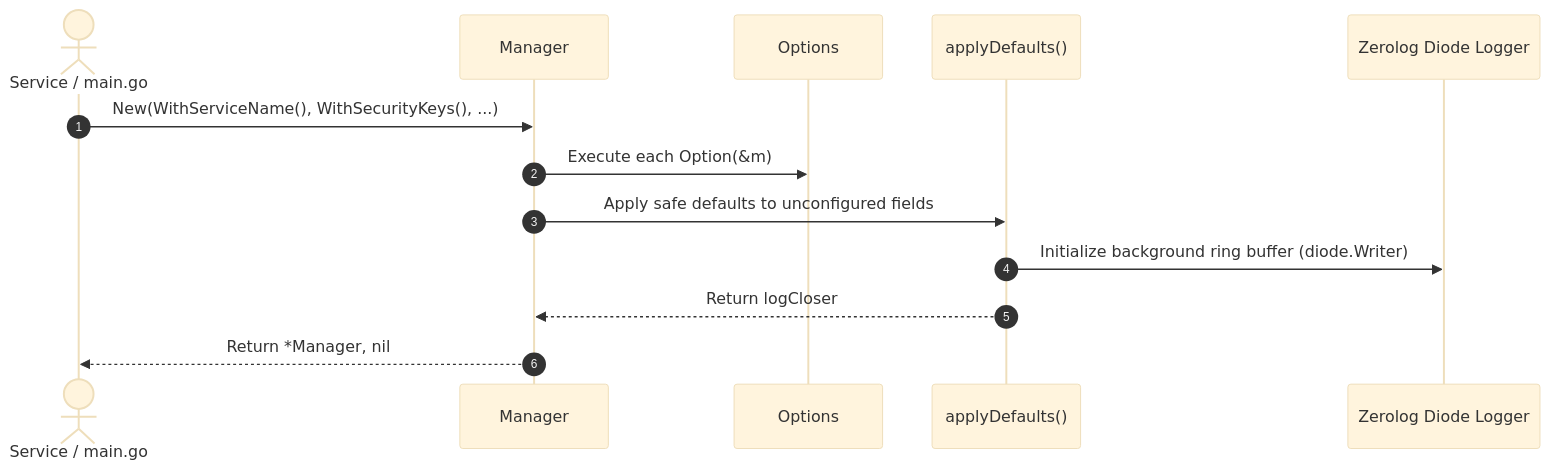
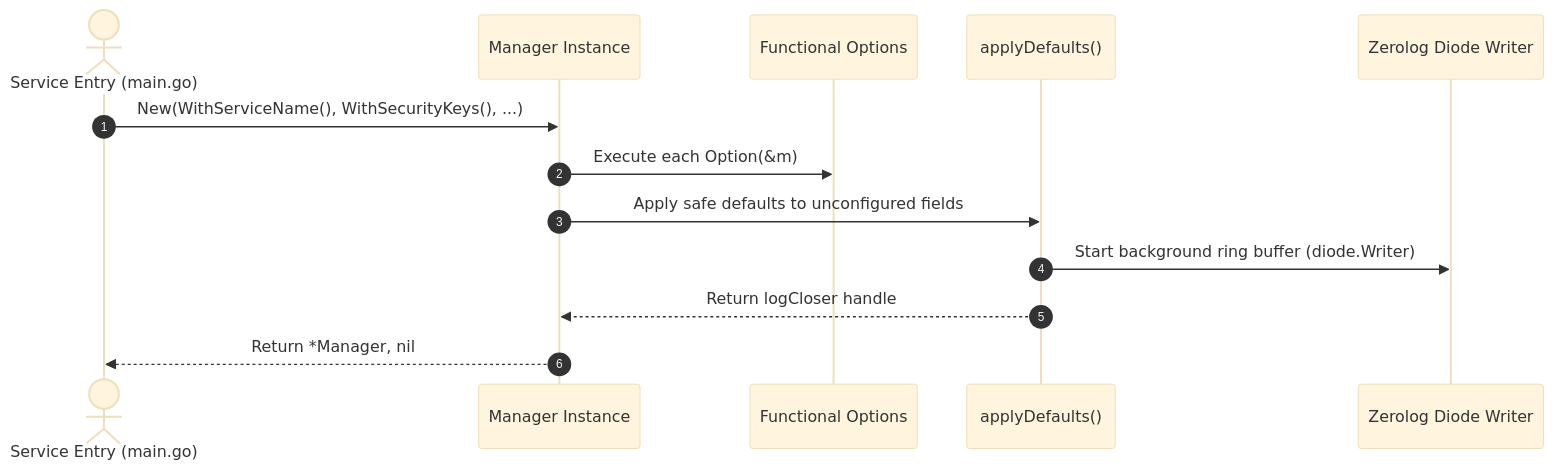
The second of 5 diagrams in docs/ARCHITECTURE.md (Jkenyut/nvx-go-middleware), drawn with Mermaid (base theme) before and after one commit. The commit also changed other lines of this file and 12 other files, not shown here.

````diff
--- a/docs/ARCHITECTURE.md
+++ b/docs/ARCHITECTURE.md
@@ -47,16 +55,16 @@
 ```mermaid
 sequenceDiagram
     autonumber
-    actor App as Service / main.go
-    participant Mgr as Manager
-    participant Opts as Options
+    actor App as Service Entry (main.go)
+    participant Mgr as Manager Instance
+    participant Opts as Functional Options
     participant Def as applyDefaults()
-    participant Log as Zerolog Diode Logger
+    participant Log as Zerolog Diode Writer
 
     App->>Mgr: New(WithServiceName(), WithSecurityKeys(), ...)
     Mgr->>Opts: Execute each Option(&m)
     Mgr->>Def: Apply safe defaults to unconfigured fields
-    Def->>Log: Initialize background ring buffer (diode.Writer)
-    Def-->>Mgr: Return logCloser
+    Def->>Log: Start background ring buffer (diode.Writer)
+    Def-->>Mgr: Return logCloser handle
     Mgr-->>App: Return *Manager, nil
 ```
````
